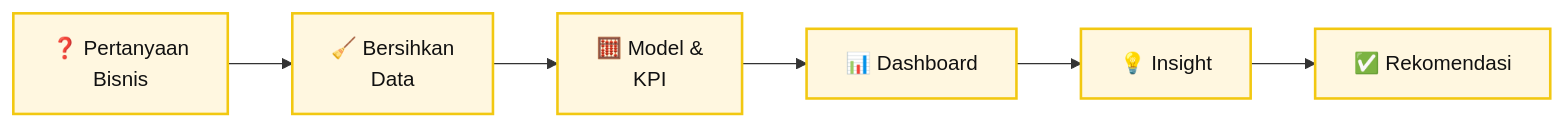
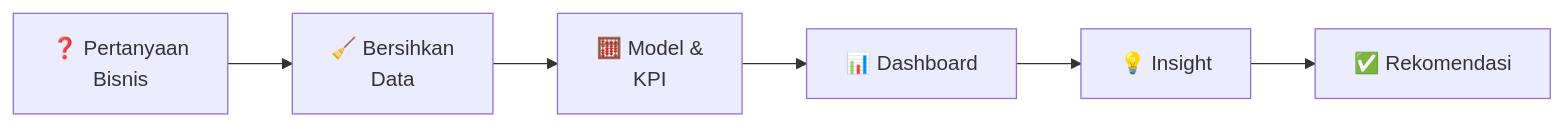
One commit to YudhaAlfarizi/karirnex-mart-dataviz changed the diagram in README.md. Above: the diagram before and after it, drawn with Mermaid.

Commit message:
Update README.md
Removed class definitions from the diagram section.

````diff
--- a/README.md
+++ b/README.md
@@ -84,11 +84,8 @@
 ```mermaid
 flowchart LR
     A["❓ Pertanyaan<br/>Bisnis"] --> B["🧹 Bersihkan<br/>Data"]
     B --> C["🧮 Model &<br/>KPI"]
     C --> D["📊 Dashboard"]
     D --> E["💡 Insight"]
     E --> F["✅ Rekomendasi"]
-
-    classDef step fill:#FFF7E0,stroke:#F2C811,stroke-width:2px,color:#111
-    class A,B,C,D,E,F step
 ```
````
